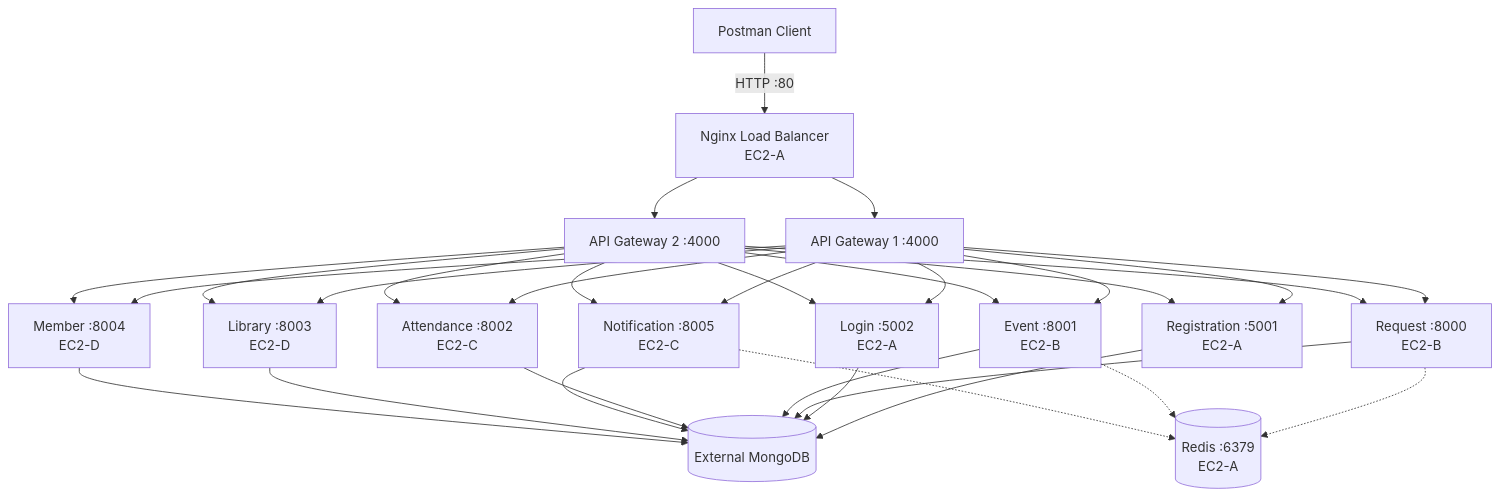
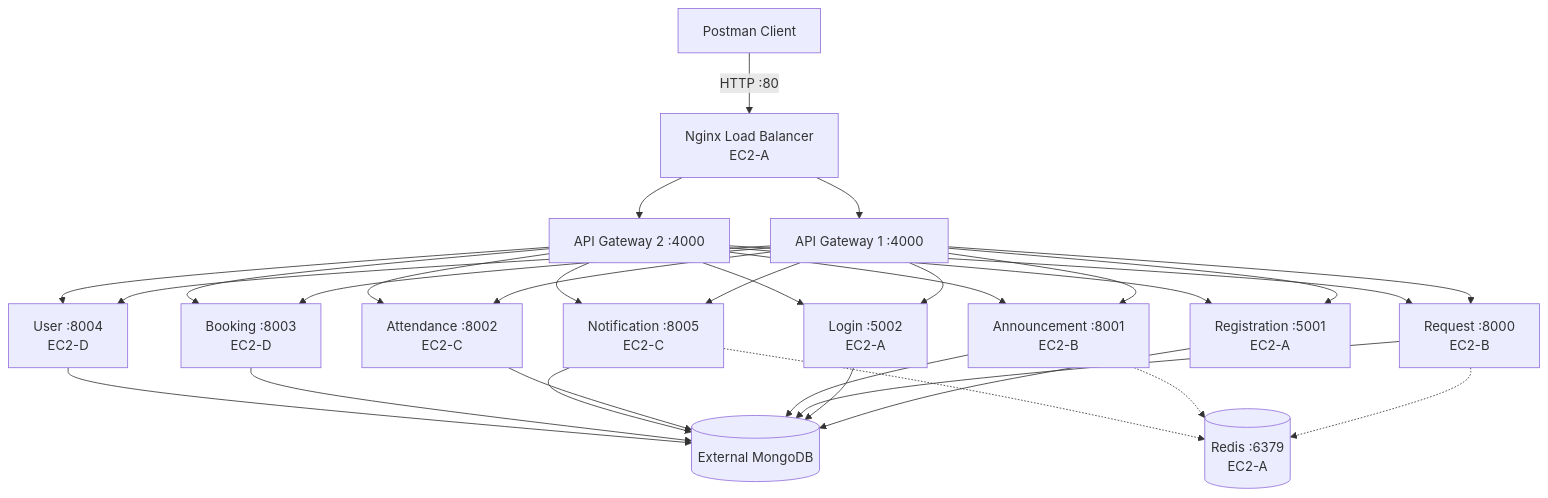
Before and after one commit to senghakch17-byte/AMT-MobileApp: the diagram in docs/MIDTERM_PROJECT_REPORT.md, drawn with Mermaid. The commit also changed other lines of this file and 227 other files, not shown here.

````diff
--- a/docs/MIDTERM_PROJECT_REPORT.md
+++ b/docs/MIDTERM_PROJECT_REPORT.md
@@ -54,16 +54,16 @@
 ```mermaid
 flowchart TB
     Client[Postman Client] -->|HTTP :80| Nginx[Nginx Load Balancer\nEC2-A]
     Nginx --> Gateway1[API Gateway 1 :4000]
     Nginx --> Gateway2[API Gateway 2 :4000]
     Gateway1 & Gateway2 --> Register[Registration :5001\nEC2-A]
     Gateway1 & Gateway2 --> Login[Login :5002\nEC2-A]
     Gateway1 & Gateway2 --> Request[Request :8000\nEC2-B]
-    Gateway1 & Gateway2 --> Event[Event :8001\nEC2-B]
+    Gateway1 & Gateway2 --> Announcement[Announcement :8001\nEC2-B]
     Gateway1 & Gateway2 --> Attendance[Attendance :8002\nEC2-C]
     Gateway1 & Gateway2 --> Notification[Notification :8005\nEC2-C]
-    Gateway1 & Gateway2 --> Library[Library :8003\nEC2-D]
-    Gateway1 & Gateway2 --> Member[Member :8004\nEC2-D]
-    Register & Login & Request & Event & Attendance & Notification & Library & Member --> Mongo[(External MongoDB)]
-    Request & Event & Notification -.-> Redis[(Redis :6379\nEC2-A)]
+    Gateway1 & Gateway2 --> Booking[Booking :8003\nEC2-D]
+    Gateway1 & Gateway2 --> User[User :8004\nEC2-D]
+    Register & Login & Request & Announcement & Attendance & Notification & Booking & User --> Mongo[(External MongoDB)]
+    Request & Announcement & Notification -.-> Redis[(Redis :6379\nEC2-A)]
 ```
````
